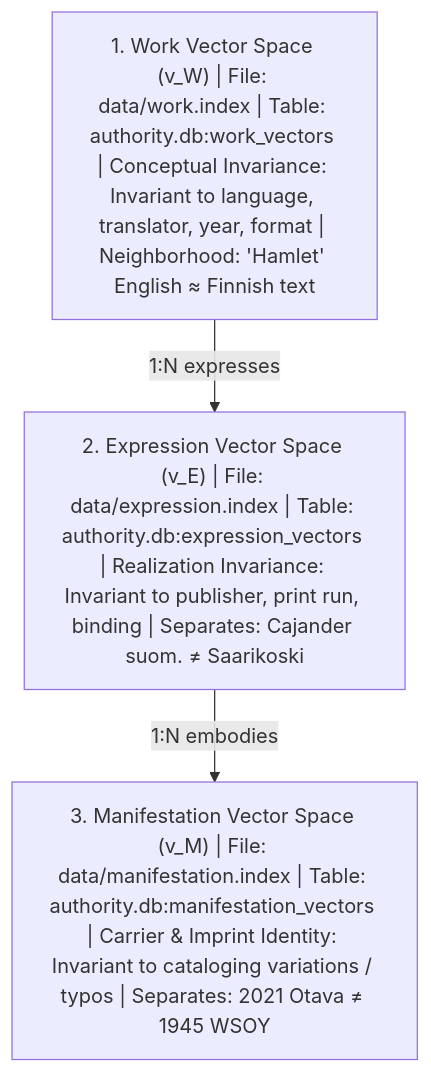
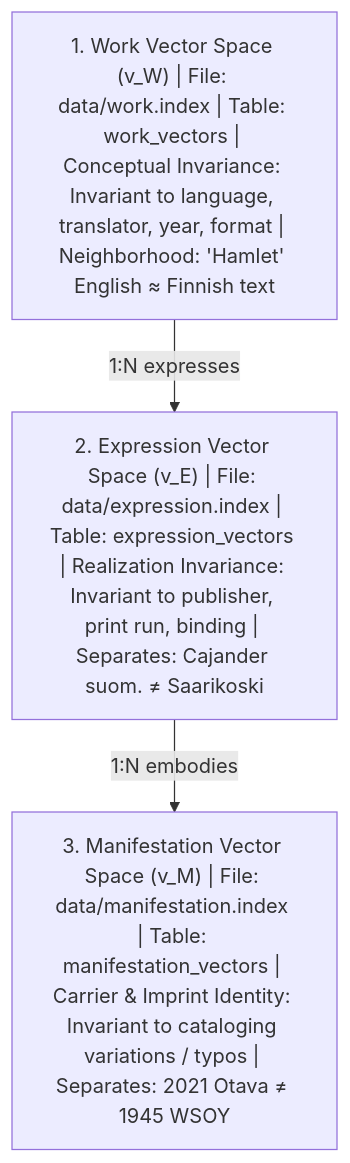
Diagram 51 of 55 in docs/plans/work_expression_linking.md (mikkovihonen/reconciliator), drawn with Mermaid before and after one commit. The commit also changed other lines of this file and 15 other files, not shown here.

````diff
--- a/docs/plans/work_expression_linking.md
+++ b/docs/plans/work_expression_linking.md
@@ -3626,9 +3626,9 @@
 ```mermaid
 flowchart TD
-    V_W["1. Work Vector Space (v_W) | File: data/work.index | Table: authority.db:work_vectors | Conceptual Invariance: Invariant to language, translator, year, format | Neighborhood: 'Hamlet' English ≈ Finnish text"]
-    V_E["2. Expression Vector Space (v_E) | File: data/expression.index | Table: authority.db:expression_vectors | Realization Invariance: Invariant to publisher, print run, binding | Separates: Cajander suom. ≠ Saarikoski"]
-    V_M["3. Manifestation Vector Space (v_M) | File: data/manifestation.index | Table: authority.db:manifestation_vectors | Carrier & Imprint Identity: Invariant to cataloging variations / typos | Separates: 2021 Otava ≠ 1945 WSOY"]
+    V_W["1. Work Vector Space (v_W) | File: data/work.index | Table: work_vectors | Conceptual Invariance: Invariant to language, translator, year, format | Neighborhood: 'Hamlet' English ≈ Finnish text"]
+    V_E["2. Expression Vector Space (v_E) | File: data/expression.index | Table: expression_vectors | Realization Invariance: Invariant to publisher, print run, binding | Separates: Cajander suom. ≠ Saarikoski"]
+    V_M["3. Manifestation Vector Space (v_M) | File: data/manifestation.index | Table: manifestation_vectors | Carrier & Imprint Identity: Invariant to cataloging variations / typos | Separates: 2021 Otava ≠ 1945 WSOY"]
 
     V_W -->|"1:N expresses"| V_E
     V_E -->|"1:N embodies"| V_M
 ```
````
